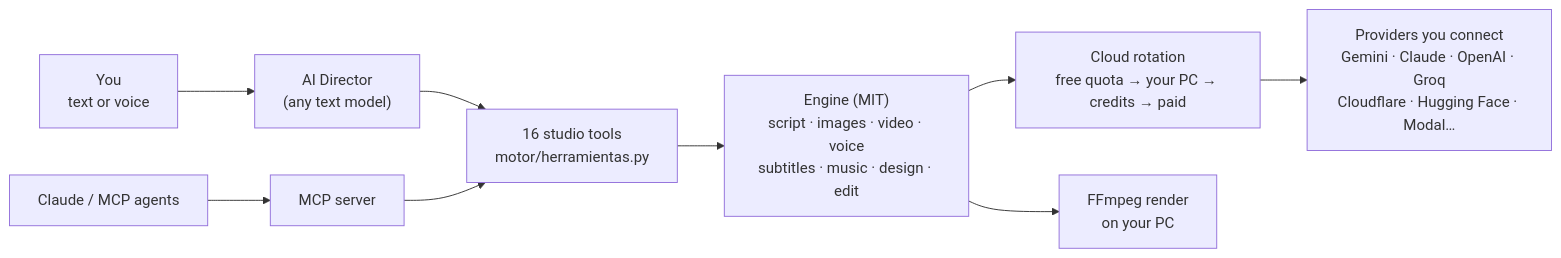
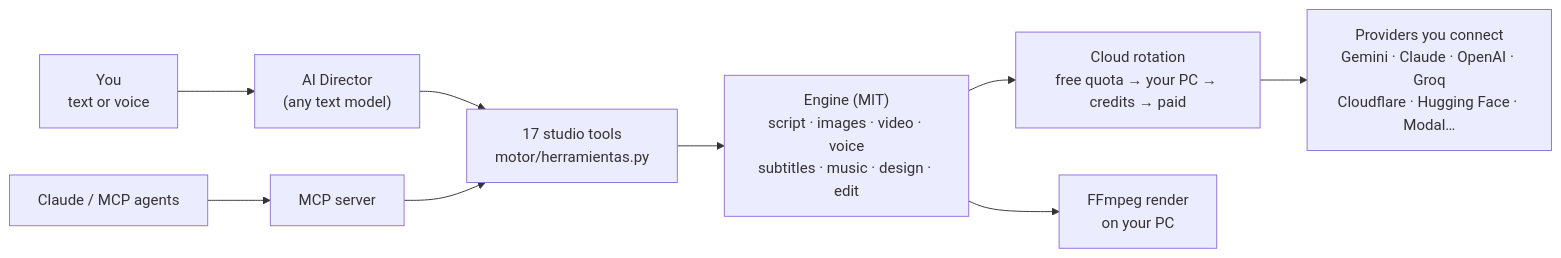
One commit to santo29/rafaga-studio changed the diagram in README.md. Above: the diagram before and after it, drawn with Mermaid. The commit also changed other lines of this file and 25 other files, not shown here.

````diff
--- a/README.md
+++ b/README.md
@@ -80,11 +80,11 @@
 ```mermaid
 flowchart LR
     U["You<br/>text or voice"] --> D["AI Director<br/>(any text model)"]
     C["Claude / MCP agents"] --> M["MCP server"]
-    D --> T["16 studio tools<br/>motor/herramientas.py"]
+    D --> T["17 studio tools<br/>motor/herramientas.py"]
     M --> T
     T --> E["Engine (MIT)<br/>script · images · video · voice<br/>subtitles · music · design · edit"]
     E --> R["Cloud rotation<br/>free quota → your PC → credits → paid"]
     R --> P["Providers you connect<br/>Gemini · Claude · OpenAI · Groq<br/>Cloudflare · Hugging Face · Modal…"]
     E --> F["FFmpeg render<br/>on your PC"]
 ```
````
